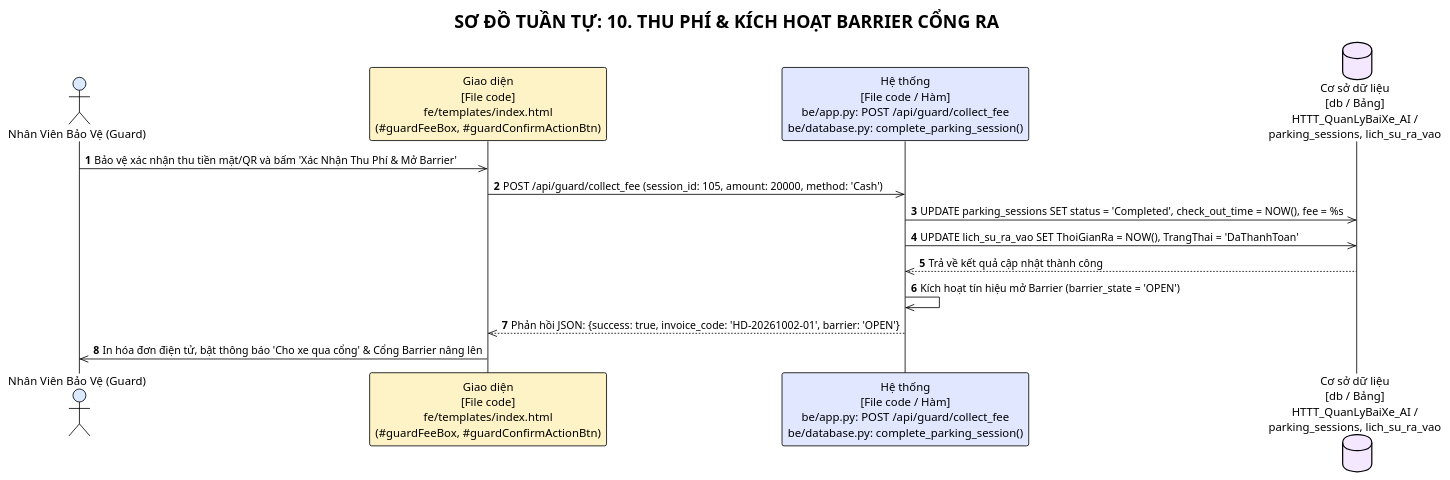
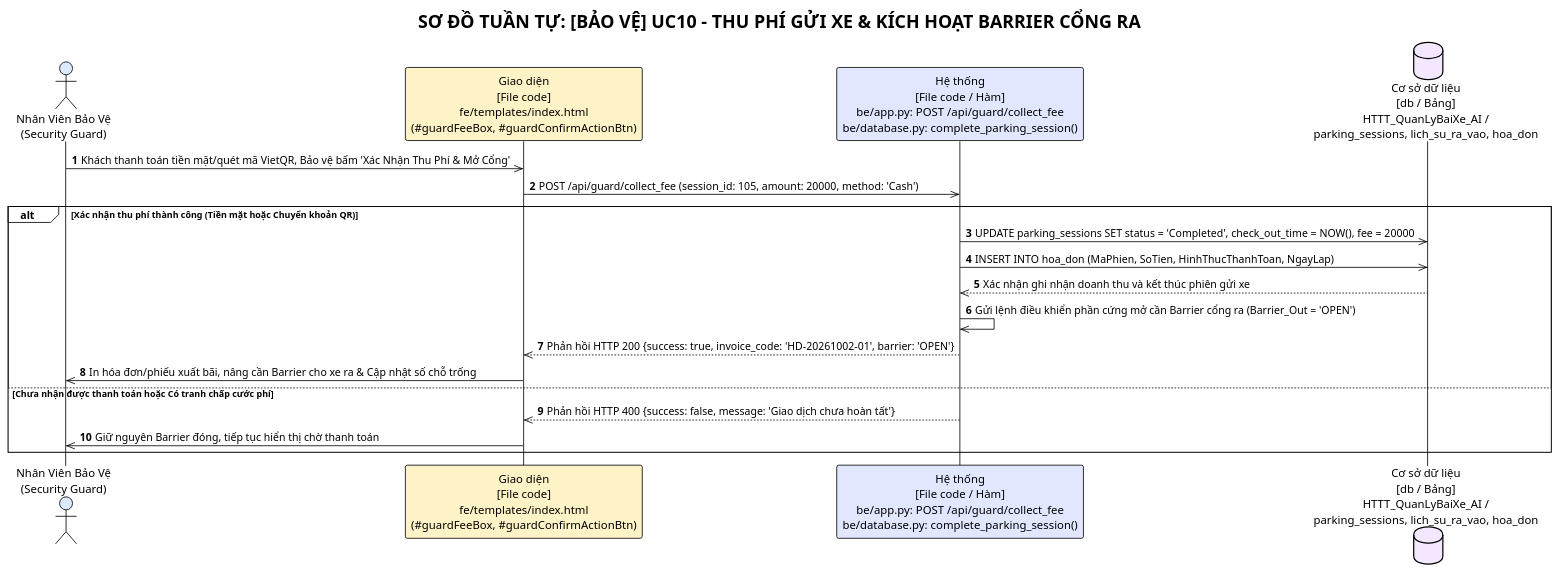
The tenth of 13 diagrams in ongthanquoctruong_24CT2_cnpm/docs/SEQUENCE_DIAGRAMS.puml (Truong027/CNPM24), drawn with PlantUML before and after one commit. The commit also changed other lines of this file and 26 other files, not shown here.

Commit message:
docs: update sequence diagrams with actor stick figures, alt frames, and grouped by actor

```diff
--- a/ongthanquoctruong_24CT2_cnpm/docs/SEQUENCE_DIAGRAMS.puml
+++ b/ongthanquoctruong_24CT2_cnpm/docs/SEQUENCE_DIAGRAMS.puml
@@ -199,20 +269,26 @@
-@startuml uc10_collect_fee_barrier
+@startuml uc10_guard_collect_fee_barrier
 !theme plain
-title SƠ ĐỒ TUẦN TỰ: 10. THU PHÍ & KÍCH HOẠT BARRIER CỔNG RA
+title SƠ ĐỒ TUẦN TỰ: [BẢO VỆ] UC10 - THU PHÍ GỬI XE & KÍCH HOẠT BARRIER CỔNG RA
 autonumber
 
-actor "Nhân Viên Bảo Vệ (Guard)" as Actor #DBEAFE
+actor "Nhân Viên Bảo Vệ\n(Security Guard)" as Actor #DBEAFE
 participant "Giao diện\n[File code]\nfe/templates/index.html\n(#guardFeeBox, #guardConfirmActionBtn)" as UI #FEF3C7
 participant "Hệ thống\n[File code / Hàm]\nbe/app.py: POST /api/guard/collect_fee\nbe/database.py: complete_parking_session()" as Sys #E0E7FF
-database "Cơ sở dữ liệu\n[db / Bảng]\nHTTT_QuanLyBaiXe_AI /\nparking_sessions, lich_su_ra_vao" as DB #F3E8FF
+database "Cơ sở dữ liệu\n[db / Bảng]\nHTTT_QuanLyBaiXe_AI /\nparking_sessions, lich_su_ra_vao, hoa_don" as DB #F3E8FF
 
-Actor ->> UI: Bảo vệ xác nhận thu tiền mặt/QR và bấm 'Xác Nhận Thu Phí & Mở Barrier'
+Actor ->> UI: Khách thanh toán tiền mặt/quét mã VietQR, Bảo vệ bấm 'Xác Nhận Thu Phí & Mở Cổng'
 UI ->> Sys: POST /api/guard/collect_fee (session_id: 105, amount: 20000, method: 'Cash')
-Sys ->> DB: UPDATE parking_sessions SET status = 'Completed', check_out_time = NOW(), fee = %s
-Sys ->> DB: UPDATE lich_su_ra_vao SET ThoiGianRa = NOW(), TrangThai = 'DaThanhToan'
-DB -->> Sys: Trả về kết quả cập nhật thành công
-Sys ->> Sys: Kích hoạt tín hiệu mở Barrier (barrier_state = 'OPEN')
-Sys -->> UI: Phản hồi JSON: {success: true, invoice_code: 'HD-20261002-01', barrier: 'OPEN'}
-UI ->> Actor: In hóa đơn điện tử, bật thông báo 'Cho xe qua cổng' & Cổng Barrier nâng lên
+
+alt Xác nhận thu phí thành công (Tiền mặt hoặc Chuyển khoản QR)
+    Sys ->> DB: UPDATE parking_sessions SET status = 'Completed', check_out_time = NOW(), fee = 20000
+    Sys ->> DB: INSERT INTO hoa_don (MaPhien, SoTien, HinhThucThanhToan, NgayLap)
+    DB -->> Sys: Xác nhận ghi nhận doanh thu và kết thúc phiên gửi xe
+    Sys ->> Sys: Gửi lệnh điều khiển phần cứng mở cần Barrier cổng ra (Barrier_Out = 'OPEN')
+    Sys -->> UI: Phản hồi HTTP 200 {success: true, invoice_code: 'HD-20261002-01', barrier: 'OPEN'}
+    UI ->> Actor: In hóa đơn/phiếu xuất bãi, nâng cần Barrier cho xe ra & Cập nhật số chỗ trống
+else Chưa nhận được thanh toán hoặc Có tranh chấp cước phí
+    Sys -->> UI: Phản hồi HTTP 400 {success: false, message: 'Giao dịch chưa hoàn tất'}
+    UI ->> Actor: Giữ nguyên Barrier đóng, tiếp tục hiển thị chờ thanh toán
+end
 
 @enduml
```
